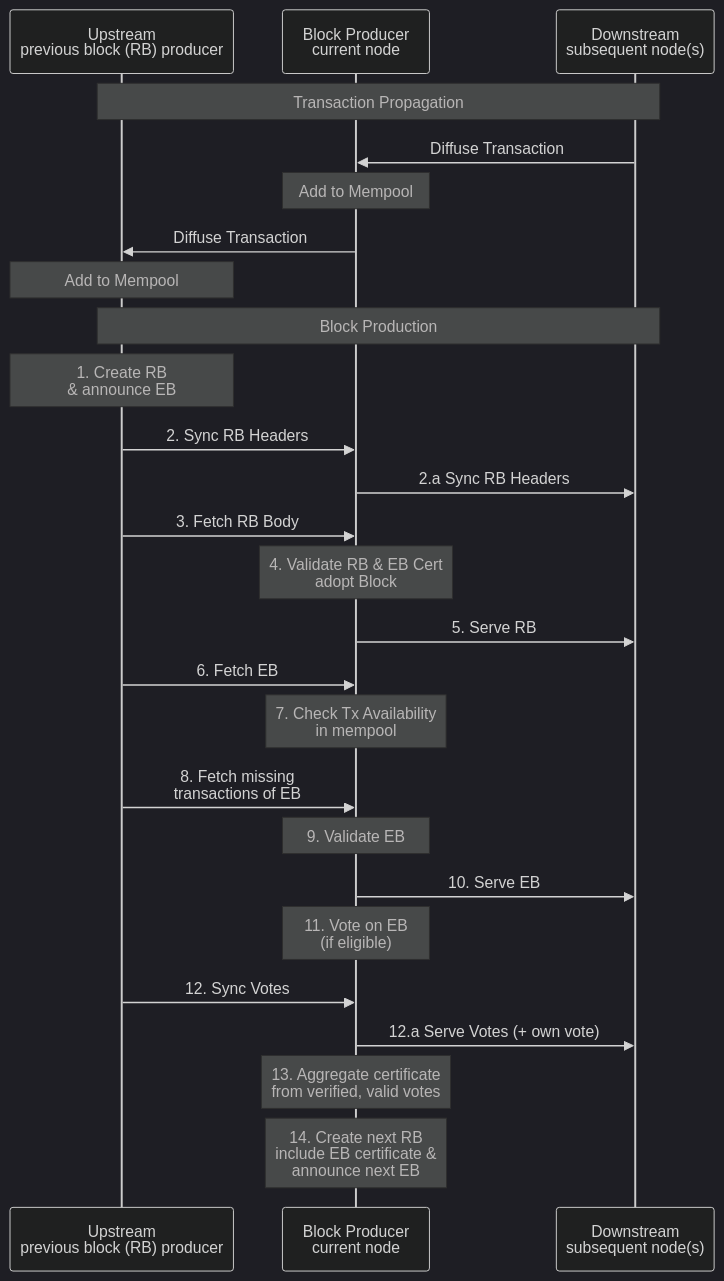
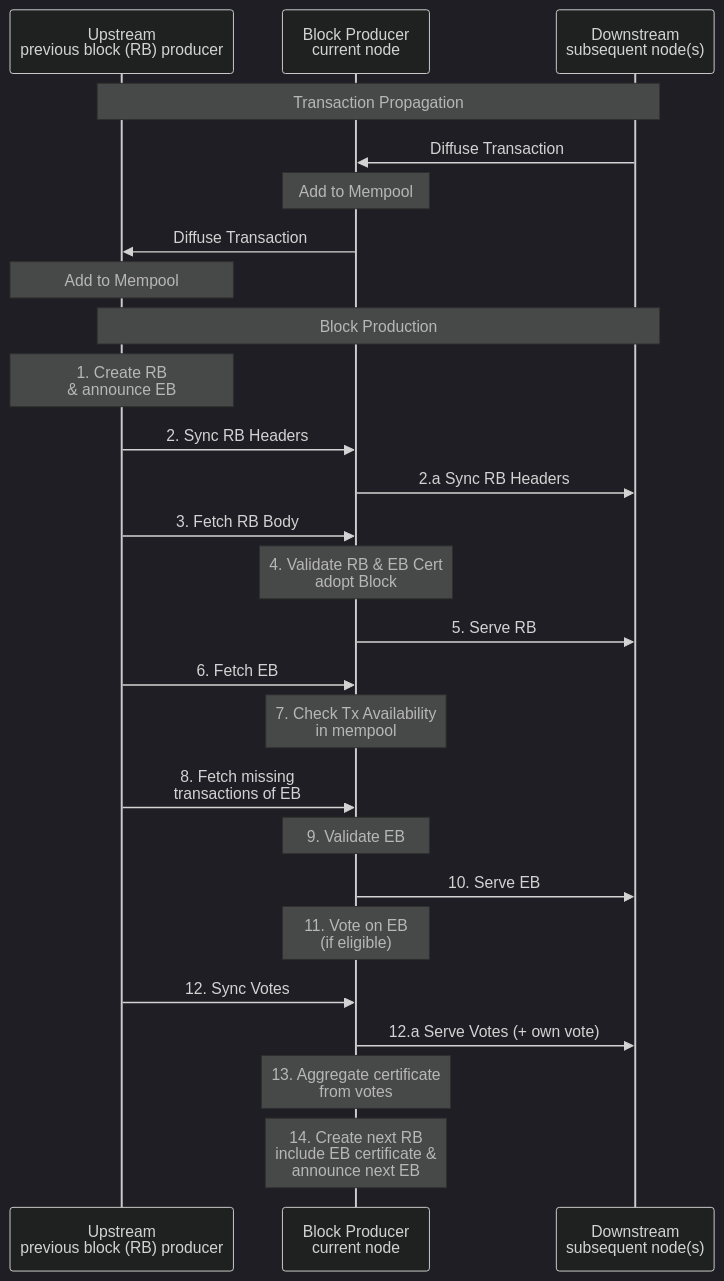
One commit to input-output-hk/ouroboros-leios changed the first of 3 diagrams in docs/cip/README.md. Above: the diagram before and after it, drawn with Mermaid (dark theme). The commit also changed other lines of this file, not shown here.

````diff
--- a/docs/cip/README.md
+++ b/docs/cip/README.md
@@ -462,36 +462,36 @@
 ```mermaid
 sequenceDiagram
     participant U as Upstream<br/>previous block (RB) producer
     participant BP as Block Producer<br/>current node  
     participant D as Downstream<br/>subsequent node(s)
 
     Note over U,D: Transaction Propagation
     D->>BP: Diffuse Transaction
     Note over BP: Add to Mempool
     BP->>U: Diffuse Transaction
     Note over U: Add to Mempool
 
     Note over U,D: Block Production
 
     Note over U: 1. Create RB<br/>& announce EB
 
     U->>BP: 2. Sync RB Headers
     BP->>D: 2.a Sync RB Headers  
     U->>BP: 3. Fetch RB Body
 
     Note over BP: 4. Validate RB & EB Cert<br/>adopt Block
     BP->>D: 5. Serve RB
     U->>BP: 6. Fetch EB
 
     Note over BP: 7. Check Tx Availability<br/>in mempool
     U->>BP: 8. Fetch missing<br />transactions of EB
     
     Note over BP: 9. Validate EB
     BP->>D: 10. Serve EB
     Note over BP: 11. Vote on EB<br />(if eligible)
     U->>BP: 12. Sync Votes
     BP->>D: 12.a Serve Votes (+ own vote)
     
-    Note over BP: 13. Aggregate certificate<br/>from verified, valid votes  
+    Note over BP: 13. Aggregate certificate<br/>from votes  
     Note over BP: 14. Create next RB<br />include EB certificate &<br />announce next EB
 ```
````
